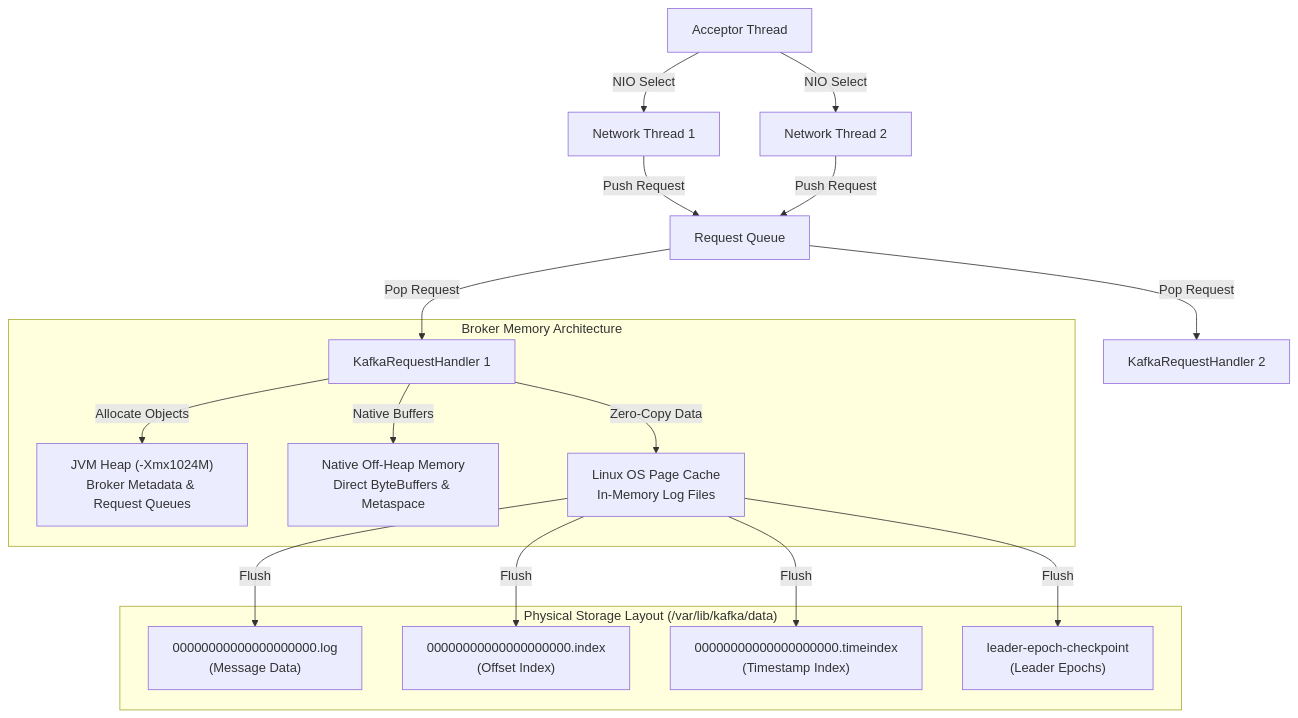
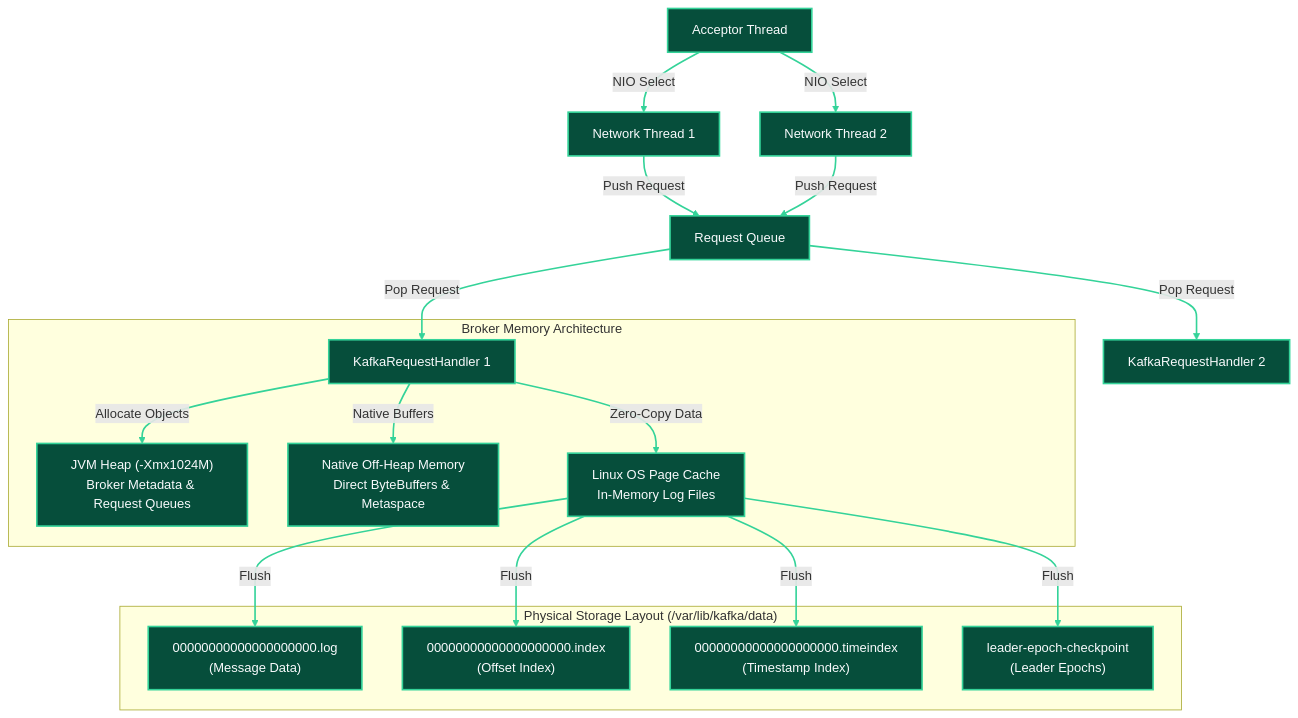
Before and after one commit to Chief-Strategist-J/llm-obs-infra: the fourth of 18 diagrams in docs/configDoc/kafka-configuration-guide.md, drawn with Mermaid. The commit also changed other lines of this file, not shown here.

Commit message:
docs(kafka): reorder component sections to Code -> HLD -> LLD -> Parameters and apply custom color styling to all Mermaid diagrams

````diff
--- a/docs/configDoc/kafka-configuration-guide.md
+++ b/docs/configDoc/kafka-configuration-guide.md
@@ -502,24 +560,40 @@
 ```mermaid
 graph TB
     Acceptor["Acceptor Thread"] -->|NIO Select| NetThread1["Network Thread 1"]
     Acceptor -->|NIO Select| NetThread2["Network Thread 2"]
 
     NetThread1 -->|Push Request| RequestQueue["Request Queue"]
     NetThread2 -->|Push Request| RequestQueue
 
     RequestQueue -->|Pop Request| IOThread1["KafkaRequestHandler 1"]
     RequestQueue -->|Pop Request| IOThread2["KafkaRequestHandler 2"]
 
     subgraph MemoryArchitecture ["Broker Memory Architecture"]
         IOThread1 -->|Allocate Objects| JVMHeap["JVM Heap (-Xmx1024M)<br/>Broker Metadata & Request Queues"]
         IOThread1 -->|Native Buffers| NativeMem["Native Off-Heap Memory<br/>Direct ByteBuffers & Metaspace"]
         IOThread1 -->|Zero-Copy Data| PageCache["Linux OS Page Cache<br/>In-Memory Log Files"]
     end
 
     subgraph StorageLayout ["Physical Storage Layout (/var/lib/kafka/data)"]
         PageCache -->|Flush| LogFile["00000000000000000000.log<br/>(Message Data)"]
         PageCache -->|Flush| IndexFile["00000000000000000000.index<br/>(Offset Index)"]
         PageCache -->|Flush| TimeIndex["00000000000000000000.timeindex<br/>(Timestamp Index)"]
         PageCache -->|Flush| EpochFile["leader-epoch-checkpoint<br/>(Leader Epochs)"]
     end
+
+    style Acceptor fill:#064e3b,stroke:#34d399,stroke-width:2px,color:#f8fafc
+    style NetThread1 fill:#064e3b,stroke:#34d399,stroke-width:2px,color:#f8fafc
+    style NetThread2 fill:#064e3b,stroke:#34d399,stroke-width:2px,color:#f8fafc
+    style RequestQueue fill:#064e3b,stroke:#34d399,stroke-width:2px,color:#f8fafc
+    style IOThread1 fill:#064e3b,stroke:#34d399,stroke-width:2px,color:#f8fafc
+    style IOThread2 fill:#064e3b,stroke:#34d399,stroke-width:2px,color:#f8fafc
+    style JVMHeap fill:#064e3b,stroke:#34d399,stroke-width:2px,color:#f8fafc
+    style NativeMem fill:#064e3b,stroke:#34d399,stroke-width:2px,color:#f8fafc
+    style PageCache fill:#064e3b,stroke:#34d399,stroke-width:2px,color:#f8fafc
+    style LogFile fill:#064e3b,stroke:#34d399,stroke-width:2px,color:#f8fafc
+    style IndexFile fill:#064e3b,stroke:#34d399,stroke-width:2px,color:#f8fafc
+    style TimeIndex fill:#064e3b,stroke:#34d399,stroke-width:2px,color:#f8fafc
+    style EpochFile fill:#064e3b,stroke:#34d399,stroke-width:2px,color:#f8fafc
+
+    linkStyle 0,1,2,3,4,5,6,7,8,9,10,11,12 stroke:#34d399,stroke-width:2px;
 ```
````
